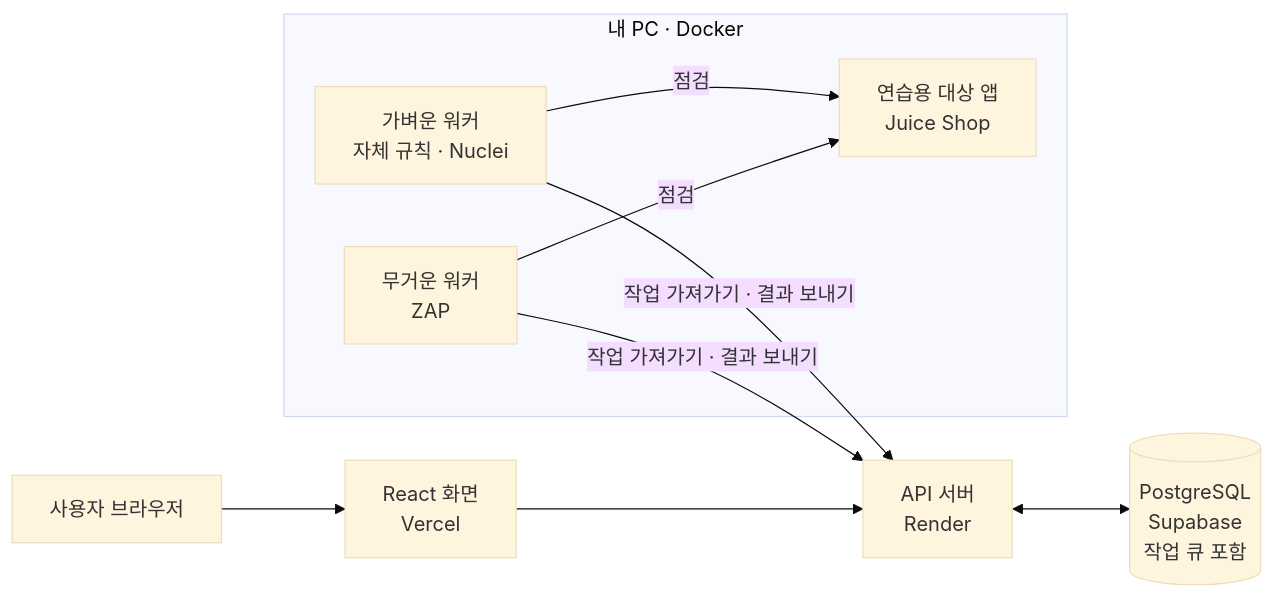
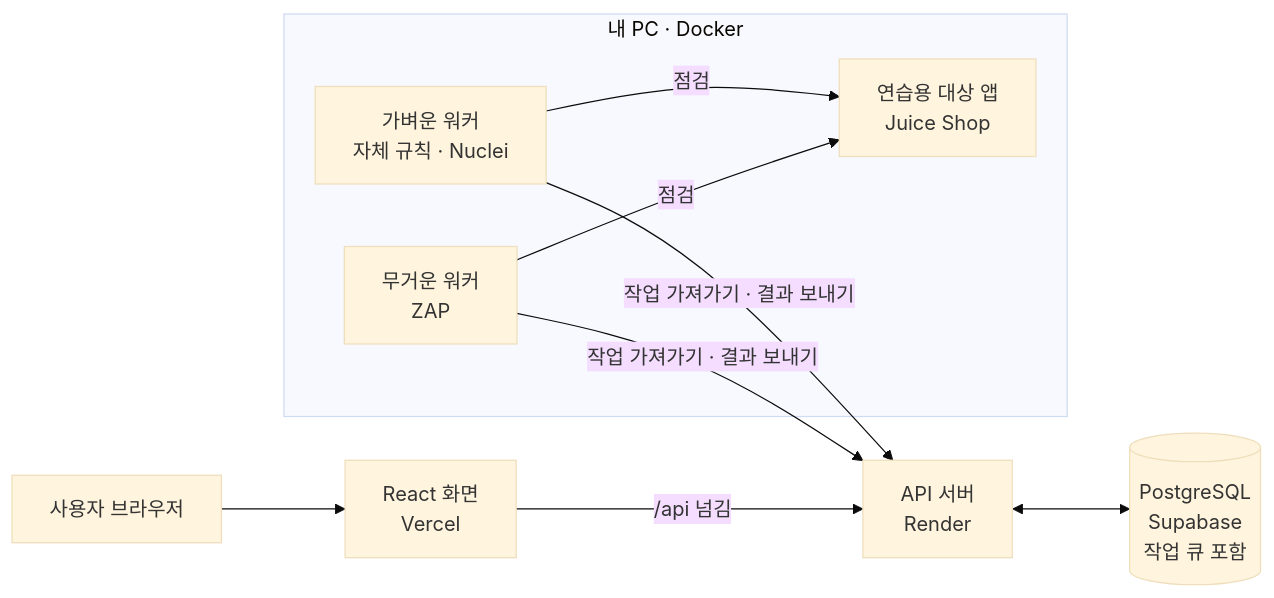
The first of 3 diagrams in docs/design.md (khj0317/ScanMesh), drawn with Mermaid (base theme) before and after one commit. The commit also changed other lines of this file and 13 other files, not shown here.

````diff
--- a/docs/design.md
+++ b/docs/design.md
@@ -7,15 +7,15 @@
 ```mermaid
 flowchart LR
     user[사용자 브라우저] --> web[React 화면<br/>Vercel]
-    web --> api[API 서버<br/>Render]
+    web -- "/api 넘김" --> api[API 서버<br/>Render]
     api <--> db[(PostgreSQL<br/>Supabase<br/>작업 큐 포함)]
     subgraph pc[내 PC · Docker]
         light[가벼운 워커<br/>자체 규칙 · Nuclei]
         heavy[무거운 워커<br/>ZAP]
         target[연습용 대상 앱<br/>Juice Shop]
     end
     light -- 작업 가져가기 · 결과 보내기 --> api
     heavy -- 작업 가져가기 · 결과 보내기 --> api
     light -- 점검 --> target
     heavy -- 점검 --> target
 ```
````
